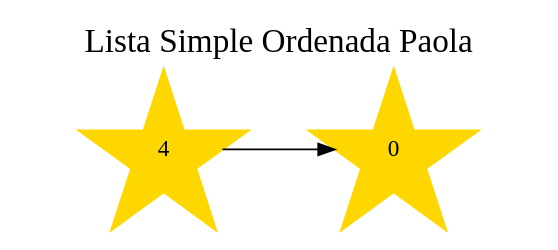
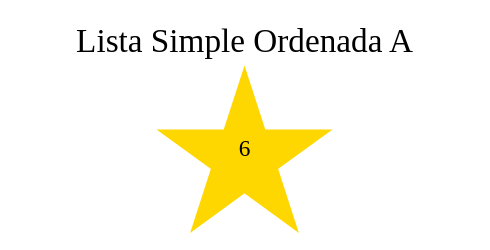
One commit to JoseMorente98/EDD-Proyecto-1 changed the diagram in EDD_1S2020_PY1_201801237/TableroPuntuacionJugadorLS.dot. Above: the diagram before and after it, drawn with Graphviz. The commit also changed 48 other files, not shown here.

```diff
--- a/EDD_1S2020_PY1_201801237/TableroPuntuacionJugadorLS.dot
+++ b/EDD_1S2020_PY1_201801237/TableroPuntuacionJugadorLS.dot
@@ -1,5 +1,3 @@
 digraph TableroPuntuacion {
- rankdir = LR; node[shape = star, fontcolor = black, style = filled, color = gold];graph[label = "Lista Simple Ordenada Paola", labelloc = t, fontsize = 20];Object0 [label = "0"];
-Object1 [label = "4"];
-Object1->Object0;
+ rankdir = LR; node[shape = star, fontcolor = black, style = filled, color = gold];graph[label = "Lista Simple Ordenada A", labelloc = t, fontsize = 20];Object0 [label = "6"];
 }
```
